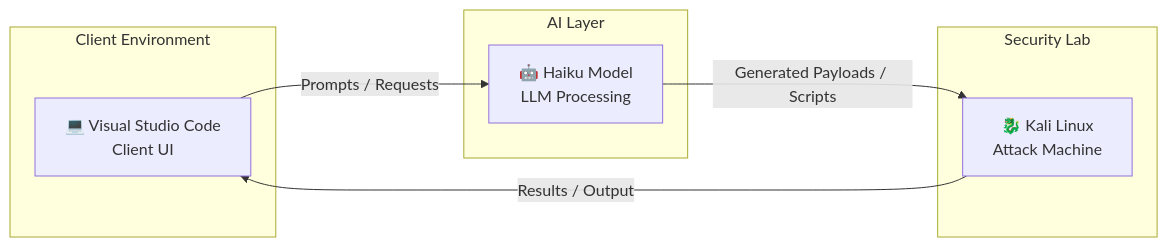
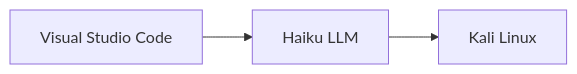
One commit to ciccio-1337/kali-mcp changed the diagram in README.md. Above: the diagram before and after it, drawn with Mermaid. The commit also changed other lines of this file, not shown here.

Commit message:
Update architecture diagram and correct text
Simplified architecture diagram and fixed text errors.

````diff
--- a/README.md
+++ b/README.md
@@ -17,22 +17,4 @@
 ```mermaid
 flowchart LR
-
-    %% Client
-    subgraph Client Environment
-        VSCode["💻 Visual Studio Code<br/>Client UI"]
-    end
-
-    %% LLM
-    subgraph AI Layer
-        Haiku["🤖 Haiku Model<br/>LLM Processing"]
-    end
-
-    %% Attack Environment
-    subgraph Security Lab
-        Kali["🐉 Kali Linux<br/>Attack Machine"]
-    end
-
-    VSCode -->|Prompts / Requests| Haiku
-    Haiku -->|Generated Payloads / Scripts| Kali
-    Kali -->|Results / Output| VSCode
+    VSCode["Visual Studio Code"] --> LLM["Haiku LLM"] --> Kali["Kali Linux"]
 ```
````
